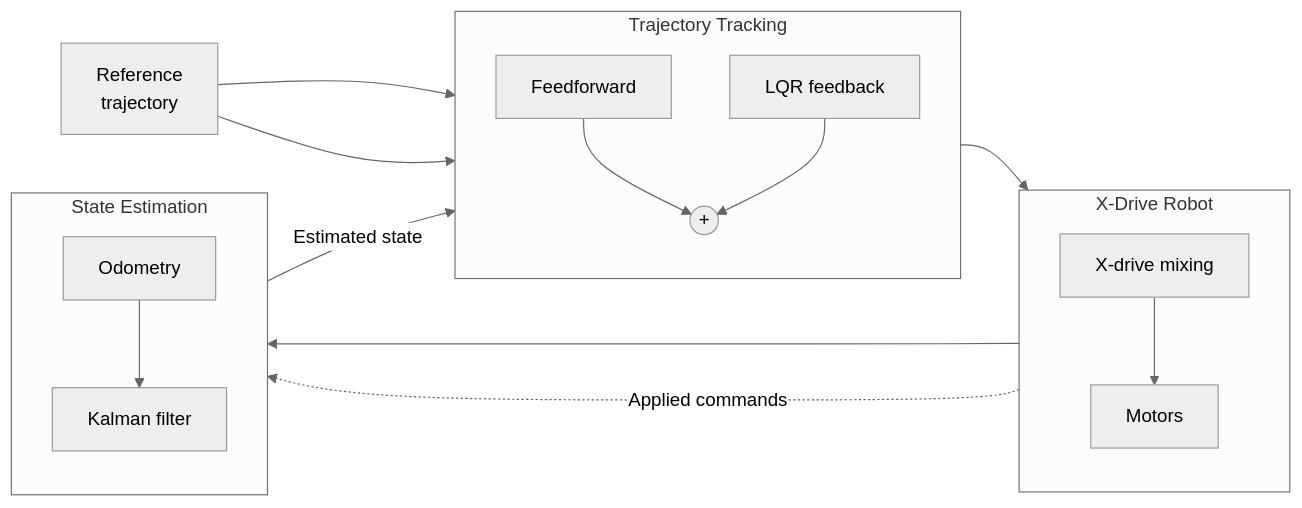
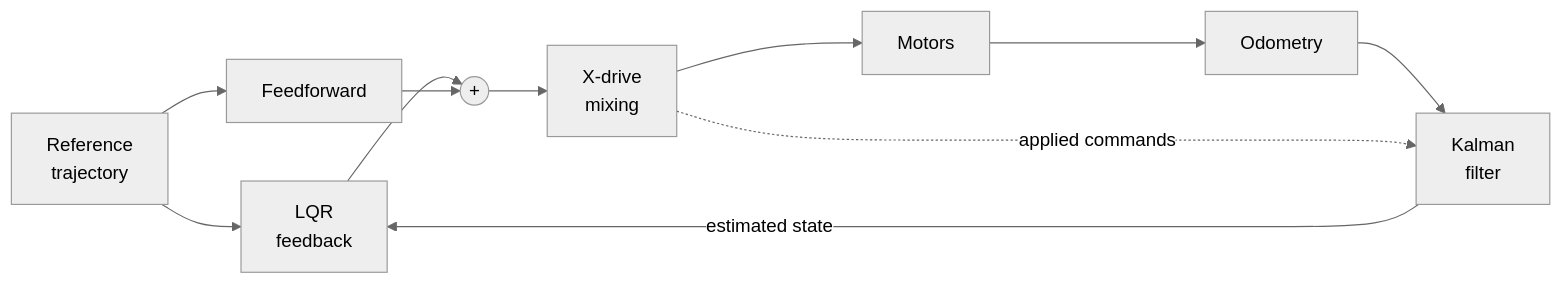
The diagram in README.md (Sejin0519/X-Drive-LQG), drawn with Mermaid (neutral theme) before and after one commit.

Commit message:
README fix

````diff
--- a/README.md
+++ b/README.md
@@ -11,34 +11,14 @@
 ```mermaid
 flowchart LR
     ref["Reference<br/>trajectory"]
-
-    subgraph tracking["Trajectory Tracking"]
-        direction TB
-        ff["Feedforward"]
-        lqr["LQR feedback"]
-        sum(("+"))
-        ff --> sum
-        lqr --> sum
-    end
-
-    subgraph robot["X-Drive Robot"]
-        direction TB
-        mix["X-drive mixing"]
-        motors["Motors"]
-        mix --> motors
-    end
-
-    subgraph estimation["State Estimation"]
-        direction TB
-        odom["Odometry"]
-        kf["Kalman filter"]
-        odom --> kf
-    end
-
+    ff["Feedforward"]
+    lqr["LQR<br/>feedback"]
+    sum(("+"))
+    ref --> lqr
+    lqr --> sum
     ref --> ff
-    ref --> lqr
-    sum --> mix
-    motors --> odom
-    kf -->|"Estimated state"| lqr
-    mix -. "Applied commands" .-> kf
+    ff --> sum
+    sum --> mix["X-drive<br/>mixing"] --> motors["Motors"] --> odom["Odometry"] --> kf["Kalman<br/>filter"]
+    mix -.->|"applied commands"| kf
+    kf -->|"estimated state"| lqr
 ```
````
